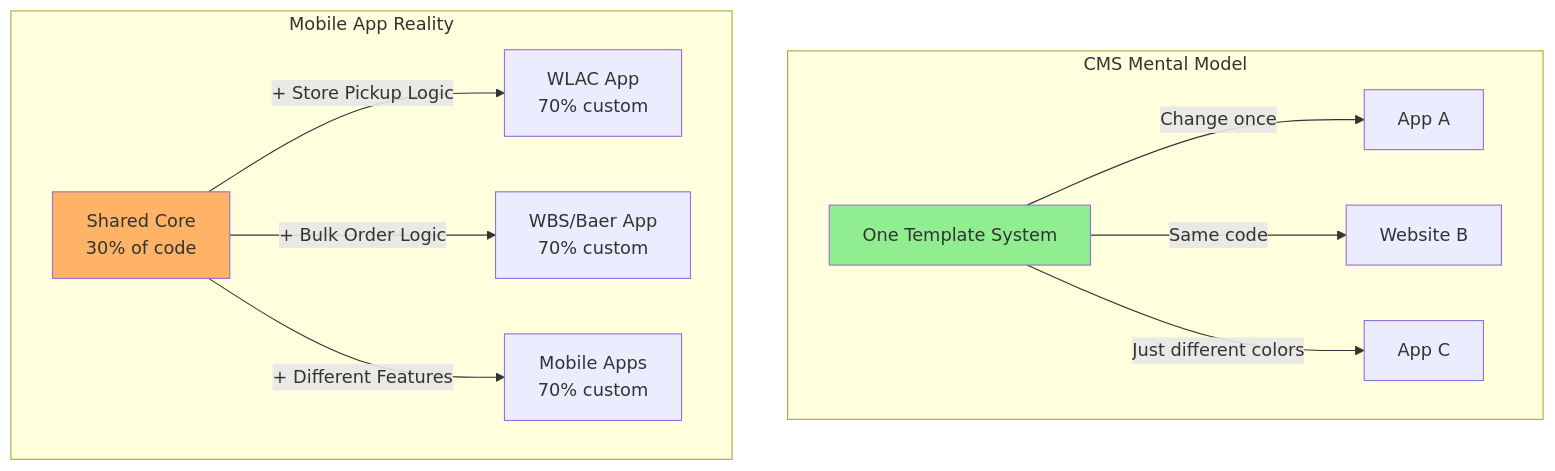
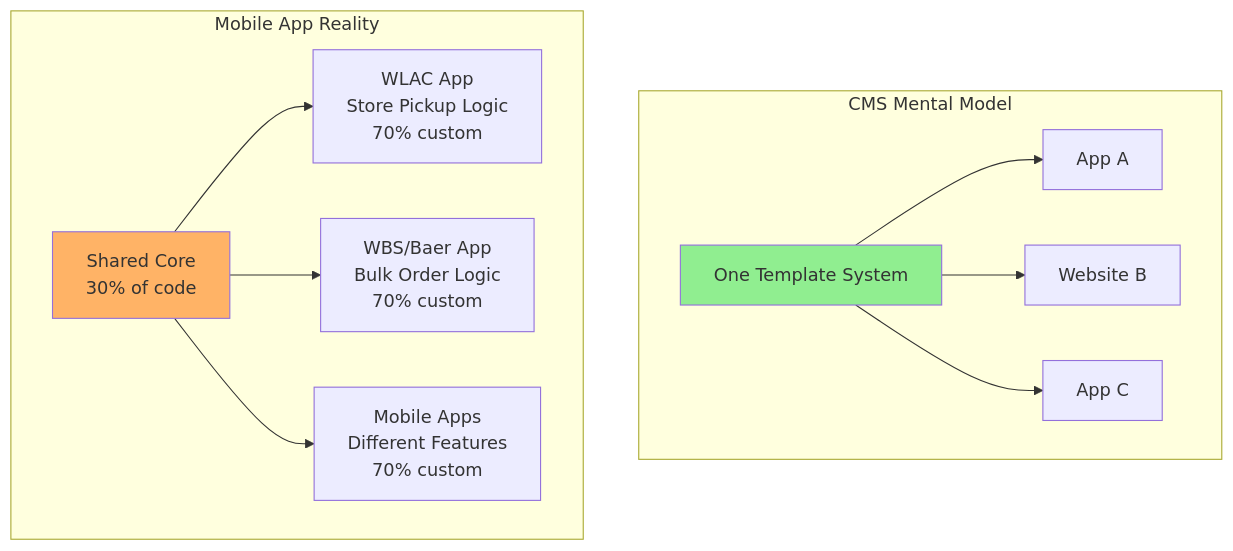
One commit to Villvay/front-end_reusability_docs changed the first of 10 diagrams in README.md. Above: the diagram before and after it, drawn with Mermaid. The commit also changed other lines of this file, not shown here.

````diff
--- a/README.md
+++ b/README.md
@@ -5,19 +5,19 @@
 ```mermaid
 graph TB
-    subgraph "CMS Mental Model"
+    subgraph CMS_Mental_Model[CMS Mental Model]
         CMS[One Template System]
-        CMS --> |"Change once"| Site1[App A]
-        CMS --> |"Same code"| Site2[Website B]
-        CMS --> |"Just different colors"| Site3[App C]
+        CMS --> Site1[App A]
+        CMS --> Site2[Website B]
+        CMS --> Site3[App C]
     end
 
-    subgraph "Mobile App Reality"
-        Core[Shared Core<br/>30% of code]
-        Core --> |"+ Store Pickup Logic"| WLAC[WLAC App<br/>70% custom]
-        Core --> |"+ Bulk Order Logic"| WBS[WBS/Baer App<br/>70% custom]
-        Core --> |"+ Different Features"| Mobile[Mobile Apps<br/>70% custom]
+    subgraph Mobile_App_Reality[Mobile App Reality]
+        Core["Shared Core<br/>30% of code"]
+        Core --> WLAC["WLAC App<br/>Store Pickup Logic<br/>70% custom"]
+        Core --> WBS["WBS/Baer App<br/>Bulk Order Logic<br/>70% custom"]
+        Core --> Mobile["Mobile Apps<br/>Different Features<br/>70% custom"]
     end
 
     style CMS fill:#90EE90
     style Core fill:#FFB366
 ```
````
